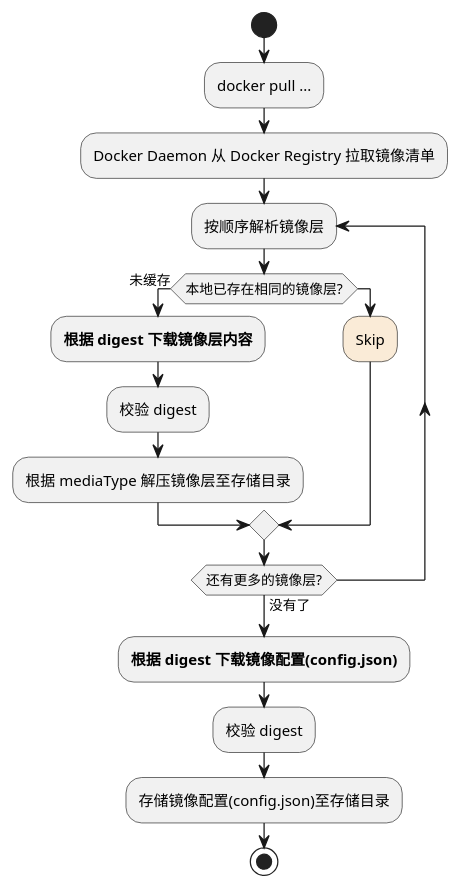
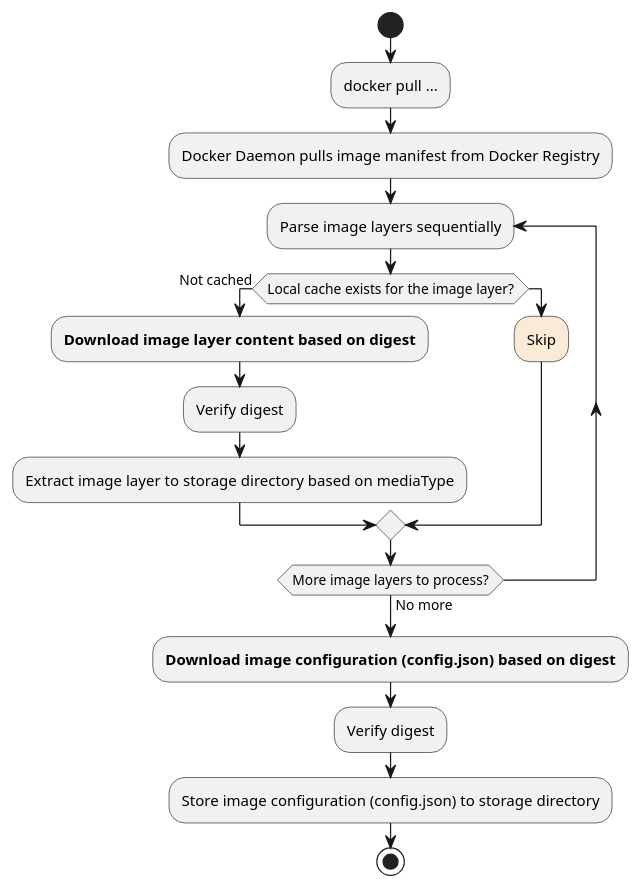
The first of 2 diagrams in src/en/_posts/container/2021-12-05-How To Build Image-手把手教你如何推镜像至 Docker Registry.md (shabbywu/blog), drawn with PlantUML before and after one commit. The commit also changed other lines of this file and 6 other files, not shown here.

````diff
--- a/src/en/_posts/container/2021-12-05-How To Build Image-手把手教你如何推镜像至 Docker Registry.md
+++ b/src/en/_posts/container/2021-12-05-How To Build Image-手把手教你如何推镜像至 Docker Registry.md
@@ -74,24 +77,24 @@
 ```plantuml
 @startuml
 start
 :docker pull ...;
-:Docker Daemon 从 Docker Registry 拉取镜像清单;
+:Docker Daemon pulls image manifest from Docker Registry;
 
-repeat :按顺序解析镜像层;
+repeat :Parse image layers sequentially;
 
-if (本地已存在相同的镜像层?) then (未缓存)
-:**根据 digest 下载镜像层内容**;
-:校验 digest;
-:根据 mediaType 解压镜像层至存储目录;
+if (Local cache exists for the image layer?) then (Not cached)
+:**Download image layer content based on digest**;
+:Verify digest;
+:Extract image layer to storage directory based on mediaType;
 else
 #AntiqueWhite:Skip;
 endif
-repeat while (还有更多的镜像层?) not (没有了)
+repeat while (More image layers to process?) not (No more)
 
-:**根据 digest 下载镜像配置(config.json)**;
-:校验 digest;
-:存储镜像配置(config.json)至存储目录;
+:**Download image configuration (config.json) based on digest**;
+:Verify digest;
+:Store image configuration (config.json) to storage directory;
 
 stop
 @enduml
 ```
````
